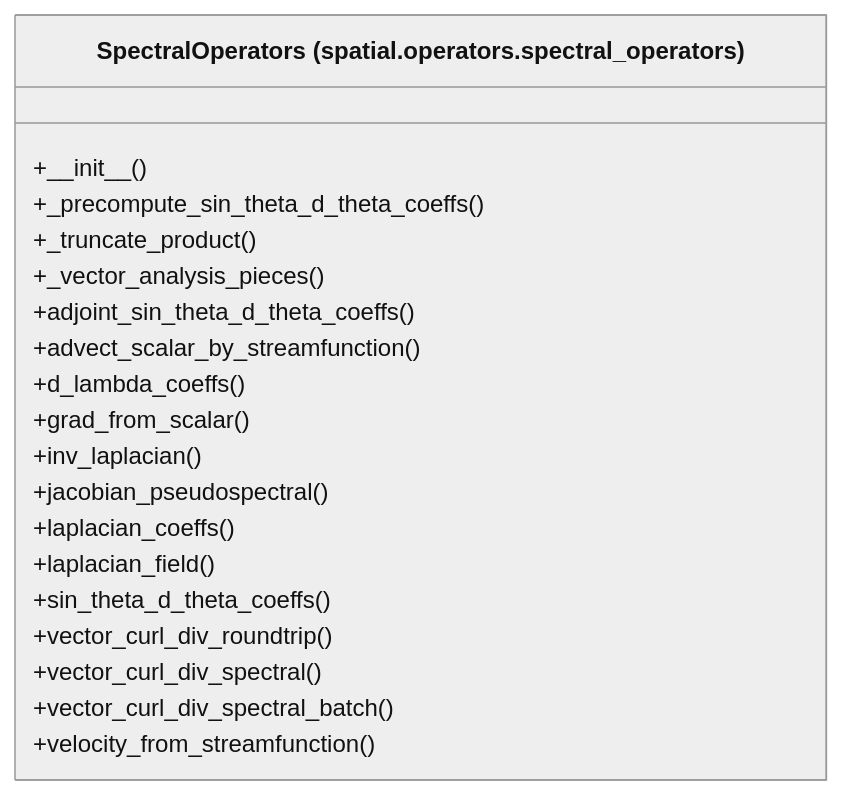
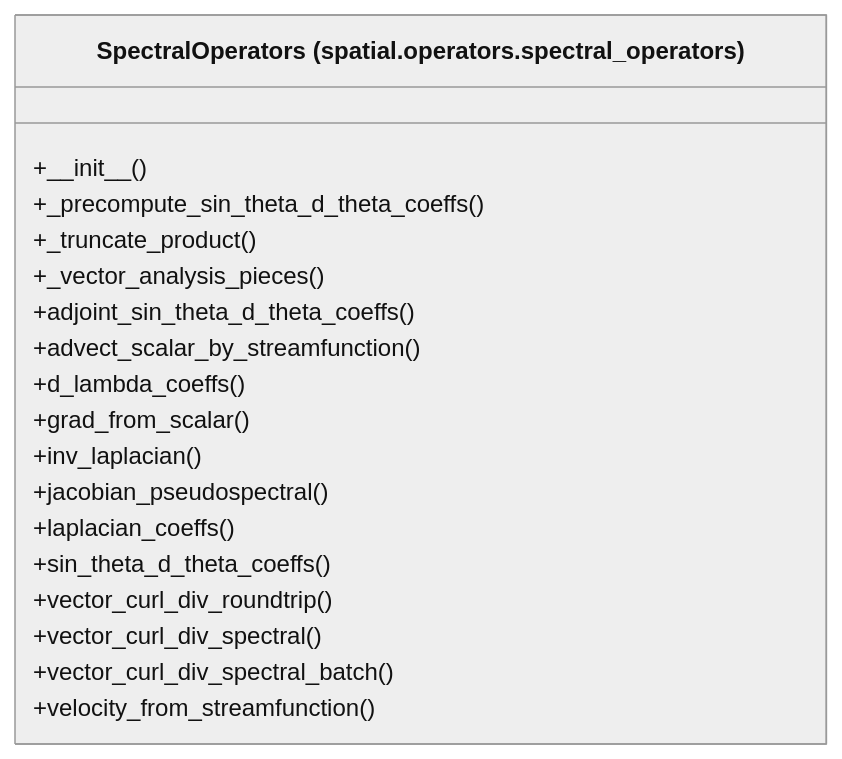
The diagram in docs/architecture/current/classes/tropoi.spatial.operators.mmd (AlexandreEros/Palintropos), drawn with Mermaid (neutral theme) before and after one commit. The commit also changed 192 other files, not shown here.

```diff
--- a/docs/architecture/current/classes/tropoi.spatial.operators.mmd
+++ b/docs/architecture/current/classes/tropoi.spatial.operators.mmd
@@ -1,22 +1,21 @@
 %% Generated by tools.architecture 1.0.0. Do not edit by hand.
 %% All classes defined in package tropoi.spatial.operators.
 classDiagram
     direction LR
     class c_tropoi_ospatial_ooperators_ospectral__operators_oSpectralOperators["SpectralOperators (spatial.operators.spectral_operators)"]
     c_tropoi_ospatial_ooperators_ospectral__operators_oSpectralOperators : +#95;#95;init#95;#95;()
     c_tropoi_ospatial_ooperators_ospectral__operators_oSpectralOperators : +#95;precompute#95;sin#95;theta#95;d#95;theta#95;coeffs()
     c_tropoi_ospatial_ooperators_ospectral__operators_oSpectralOperators : +#95;truncate#95;product()
     c_tropoi_ospatial_ooperators_ospectral__operators_oSpectralOperators : +#95;vector#95;analysis#95;pieces()
     c_tropoi_ospatial_ooperators_ospectral__operators_oSpectralOperators : +adjoint#95;sin#95;theta#95;d#95;theta#95;coeffs()
     c_tropoi_ospatial_ooperators_ospectral__operators_oSpectralOperators : +advect#95;scalar#95;by#95;streamfunction()
     c_tropoi_ospatial_ooperators_ospectral__operators_oSpectralOperators : +d#95;lambda#95;coeffs()
     c_tropoi_ospatial_ooperators_ospectral__operators_oSpectralOperators : +grad#95;from#95;scalar()
     c_tropoi_ospatial_ooperators_ospectral__operators_oSpectralOperators : +inv#95;laplacian()
     c_tropoi_ospatial_ooperators_ospectral__operators_oSpectralOperators : +jacobian#95;pseudospectral()
     c_tropoi_ospatial_ooperators_ospectral__operators_oSpectralOperators : +laplacian#95;coeffs()
-    c_tropoi_ospatial_ooperators_ospectral__operators_oSpectralOperators : +laplacian#95;field()
     c_tropoi_ospatial_ooperators_ospectral__operators_oSpectralOperators : +sin#95;theta#95;d#95;theta#95;coeffs()
     c_tropoi_ospatial_ooperators_ospectral__operators_oSpectralOperators : +vector#95;curl#95;div#95;roundtrip()
     c_tropoi_ospatial_ooperators_ospectral__operators_oSpectralOperators : +vector#95;curl#95;div#95;spectral()
     c_tropoi_ospatial_ooperators_ospectral__operators_oSpectralOperators : +vector#95;curl#95;div#95;spectral#95;batch()
     c_tropoi_ospatial_ooperators_ospectral__operators_oSpectralOperators : +velocity#95;from#95;streamfunction()
```
